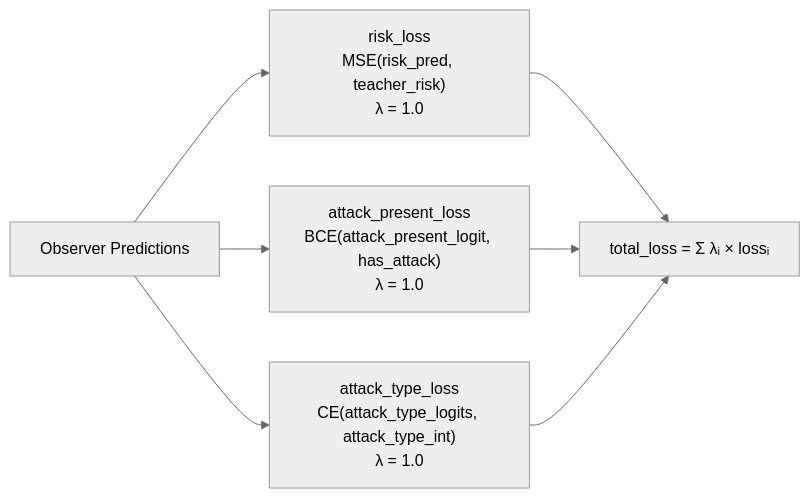
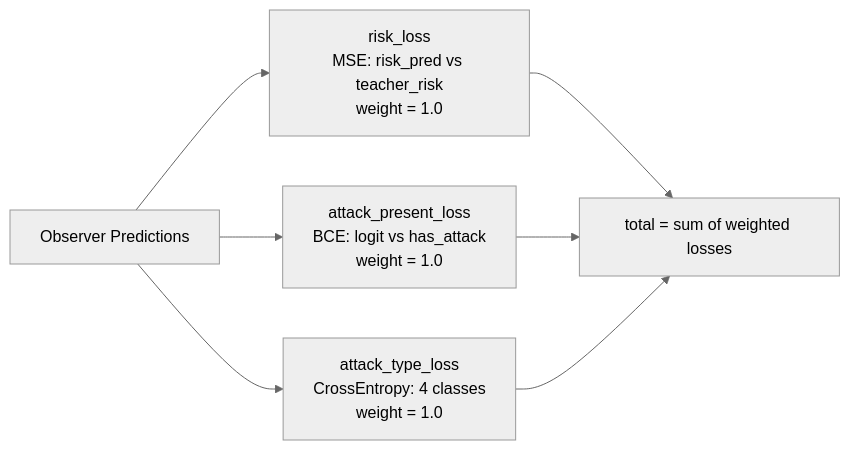
The fifth of 15 diagrams in README.md (didi-09/AI_DRIVEN_SOAR), drawn with Mermaid (neutral theme) before and after one commit. The commit also changed other lines of this file, not shown here.

````diff
--- a/README.md
+++ b/README.md
@@ -173,9 +173,8 @@
 ```mermaid
 flowchart LR
     PRED["Observer Predictions"]
-    PRED --> RL["risk_loss\nMSE(risk_pred, teacher_risk)\nλ = 1.0"]
-    PRED --> APL["attack_present_loss\nBCE(attack_present_logit, has_attack)\nλ = 1.0"]
-    PRED --> ATL["attack_type_loss\nCE(attack_type_logits, attack_type_int)\nλ = 1.0"]
-
-    RL & APL & ATL --> TOTAL["total_loss = Σ λᵢ × lossᵢ"]
+    PRED --> RL["risk_loss<br/>MSE: risk_pred vs teacher_risk<br/>weight = 1.0"]
+    PRED --> APL["attack_present_loss<br/>BCE: logit vs has_attack<br/>weight = 1.0"]
+    PRED --> ATL["attack_type_loss<br/>CrossEntropy: 4 classes<br/>weight = 1.0"]
+    RL & APL & ATL --> TOTAL["total = sum of weighted losses"]
 ```
````
